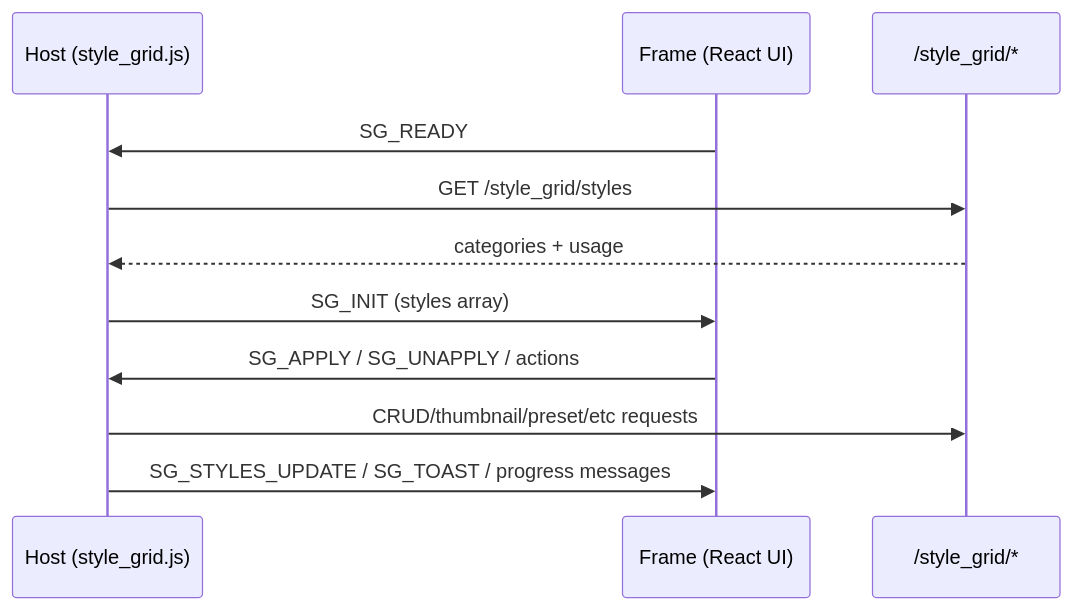
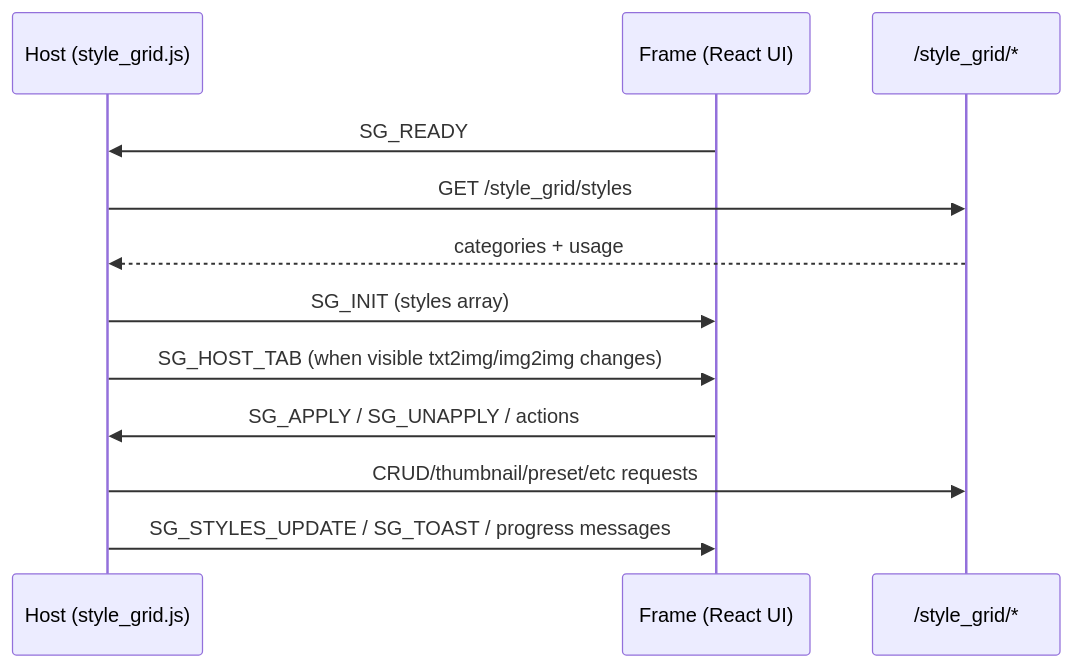
One commit to KazeKaze93/sd-webui-style-organizer changed the second of 2 diagrams in docs/DEVELOPMENT.md. Above: the diagram before and after it, drawn with Mermaid. The commit also changed other lines of this file and 3 other files, not shown here.

````diff
--- a/docs/DEVELOPMENT.md
+++ b/docs/DEVELOPMENT.md
@@ -58,14 +58,15 @@
 ```mermaid
 sequenceDiagram
   participant H as Host (style_grid.js)
   participant F as Frame (React UI)
   participant API as /style_grid/*
 
   F->>H: SG_READY
   H->>API: GET /style_grid/styles
   API-->>H: categories + usage
   H->>F: SG_INIT (styles array)
+  H->>F: SG_HOST_TAB (when visible txt2img/img2img changes)
   F->>H: SG_APPLY / SG_UNAPPLY / actions
   H->>API: CRUD/thumbnail/preset/etc requests
   H->>F: SG_STYLES_UPDATE / SG_TOAST / progress messages
 ```
````
